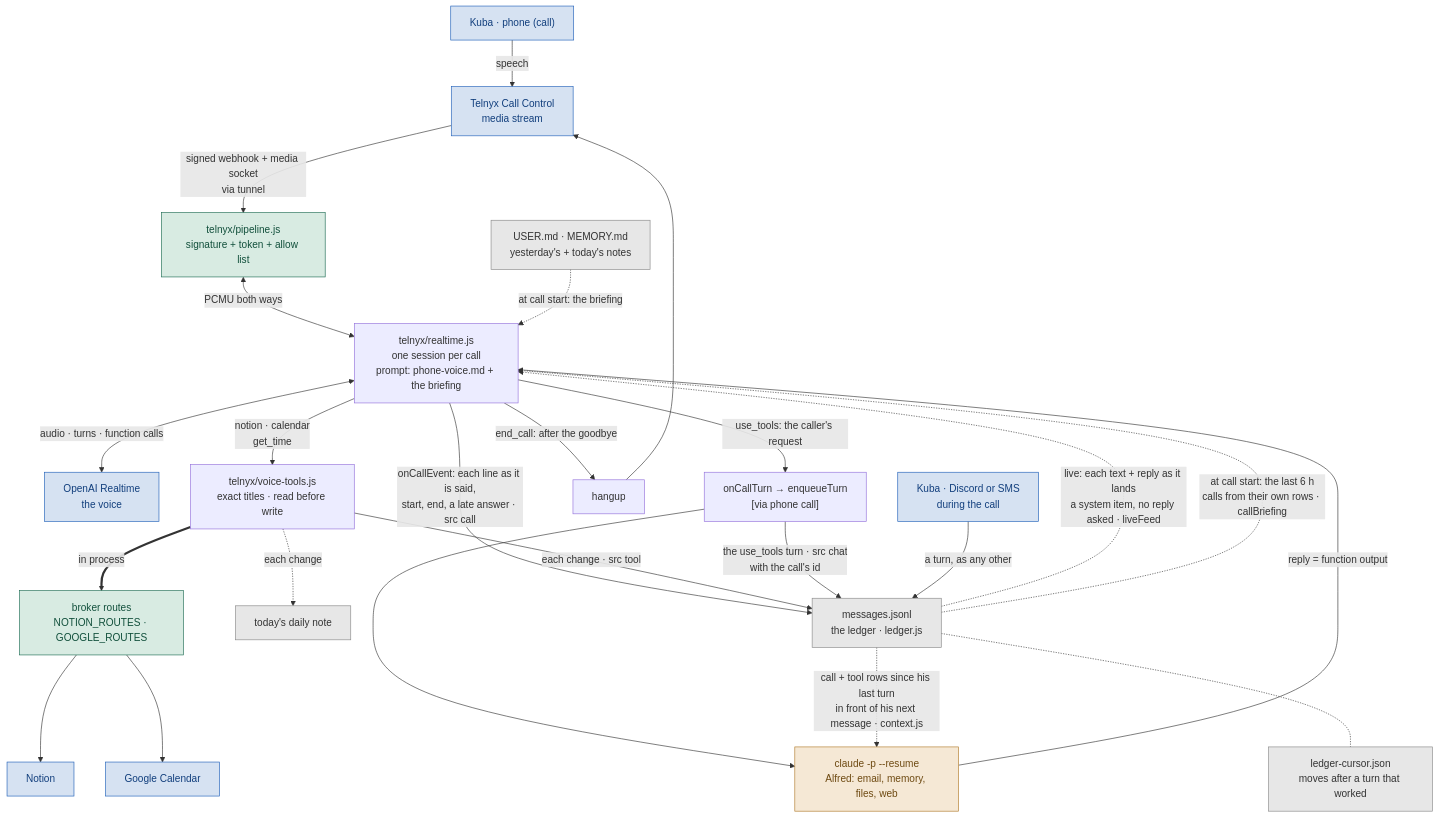
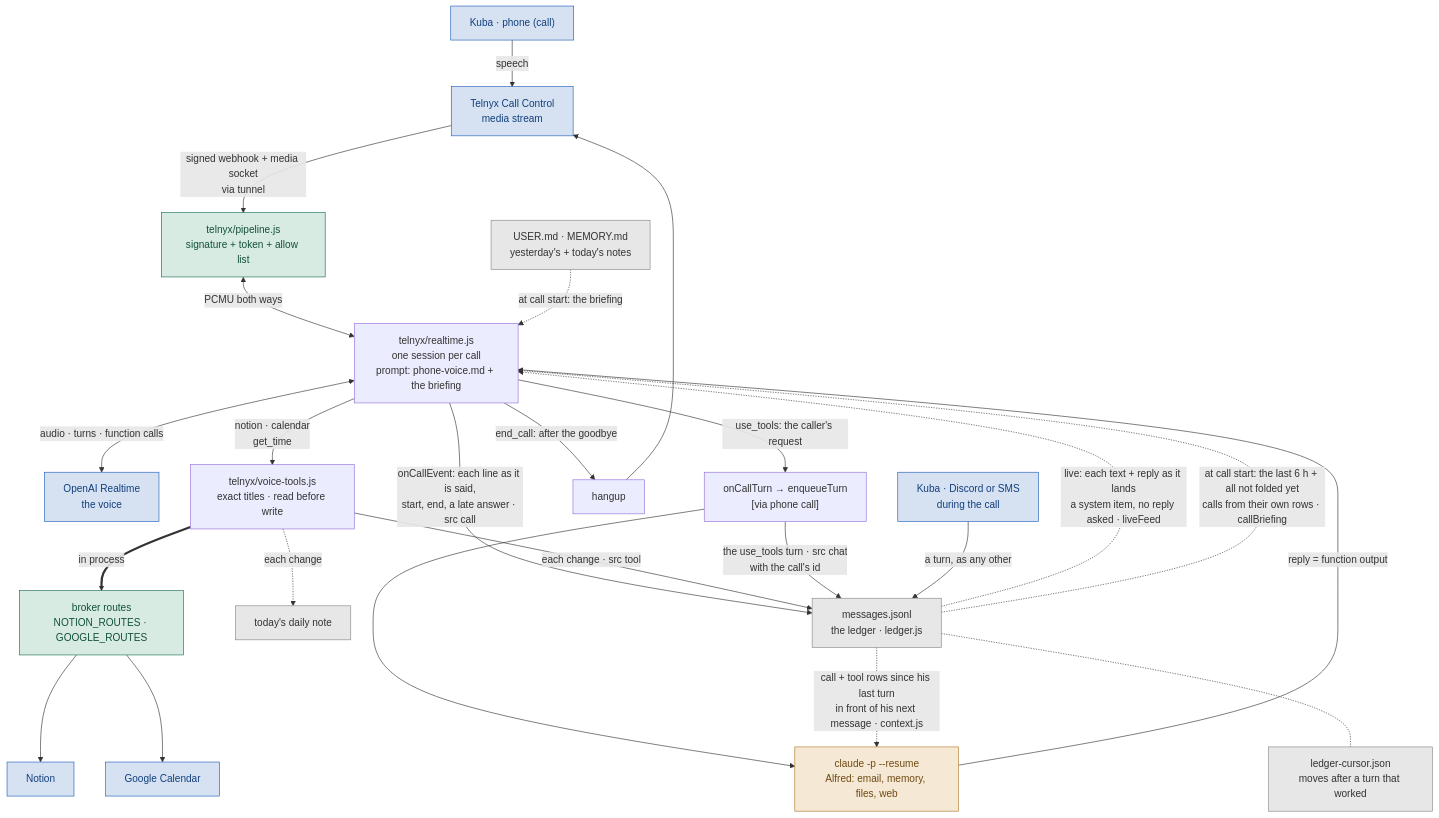
One commit to KubaJerz/alfred-node changed the second of 7 diagrams in SYSTEM-MAP.md. Above: the diagram before and after it, drawn with Mermaid. The commit also changed other lines of this file and 13 other files, not shown here.

````diff
--- a/SYSTEM-MAP.md
+++ b/SYSTEM-MAP.md
@@ -223,34 +223,34 @@
 ```mermaid
 flowchart TD
     CALL["Kuba · phone (call)"] -->|speech| CC["Telnyx Call Control<br/>media stream"]
     CC -->|"signed webhook + media socket<br/>via tunnel"| VP["telnyx/pipeline.js<br/>signature + token + allow list"]
     VP <-->|"PCMU both ways"| RT["telnyx/realtime.js<br/>one session per call<br/>prompt: phone-voice.md + the briefing"]
     RT <-->|"audio · turns · function calls"| OA["OpenAI Realtime<br/>the voice"]
     RT -->|"notion · calendar<br/>get_time"| VT["telnyx/voice-tools.js<br/>exact titles · read before write"]
     VT ==>|"in process"| BR["broker routes<br/>NOTION_ROUTES · GOOGLE_ROUTES"]
     BR --> N["Notion"]
     BR --> G["Google Calendar"]
     VT -.->|"each change"| NOTE["today's daily note"]
     RT -->|"use_tools: the caller's request"| Q["onCallTurn → enqueueTurn<br/>[via phone call]"]
     Q --> SPAWN["claude -p --resume<br/>Alfred: email, memory, files, web"]
     SPAWN -->|"reply = function output"| RT
     RT -->|"end_call: after the goodbye"| HU["hangup"]
     HU --> CC
     RT -->|"onCallEvent: each line as it is said,<br/>start, end, a late answer · src call"| LED["messages.jsonl<br/>the ledger · ledger.js"]
     VT -->|"each change · src tool"| LED
     Q -->|"the use_tools turn · src chat<br/>with the call's id"| LED
     LED -.->|"call + tool rows since his last turn<br/>in front of his next message · context.js"| SPAWN
     LED -.- CUR["ledger-cursor.json<br/>moves after a turn that worked"]
     TXT["Kuba · Discord or SMS<br/>during the call"] -->|"a turn, as any other"| LED
     LED -.->|"live: each text + reply as it lands<br/>a system item, no reply asked · liveFeed"| RT
-    LED -.->|"at call start: the last 6 h<br/>calls from their own rows · callBriefing"| RT
+    LED -.->|"at call start: the last 6 h + all not folded yet<br/>calls from their own rows · callBriefing"| RT
     MEMF["USER.md · MEMORY.md<br/>yesterday's + today's notes"] -.->|"at call start: the briefing"| RT
     classDef external fill:#d6e2f2,stroke:#1f5fb8,color:#123f7d
     classDef gateway fill:#d8ebe2,stroke:#1b6b52,color:#12503c
     classDef stack fill:#f5e8d5,stroke:#b07a2a,color:#6e4a12
     classDef store fill:#e7e7e7,stroke:#888,color:#333
     class CALL,CC,OA,N,G,TXT external
     class VP,BR gateway
     class SPAWN stack
     class LED,CUR,NOTE,MEMF store
 ```
````
